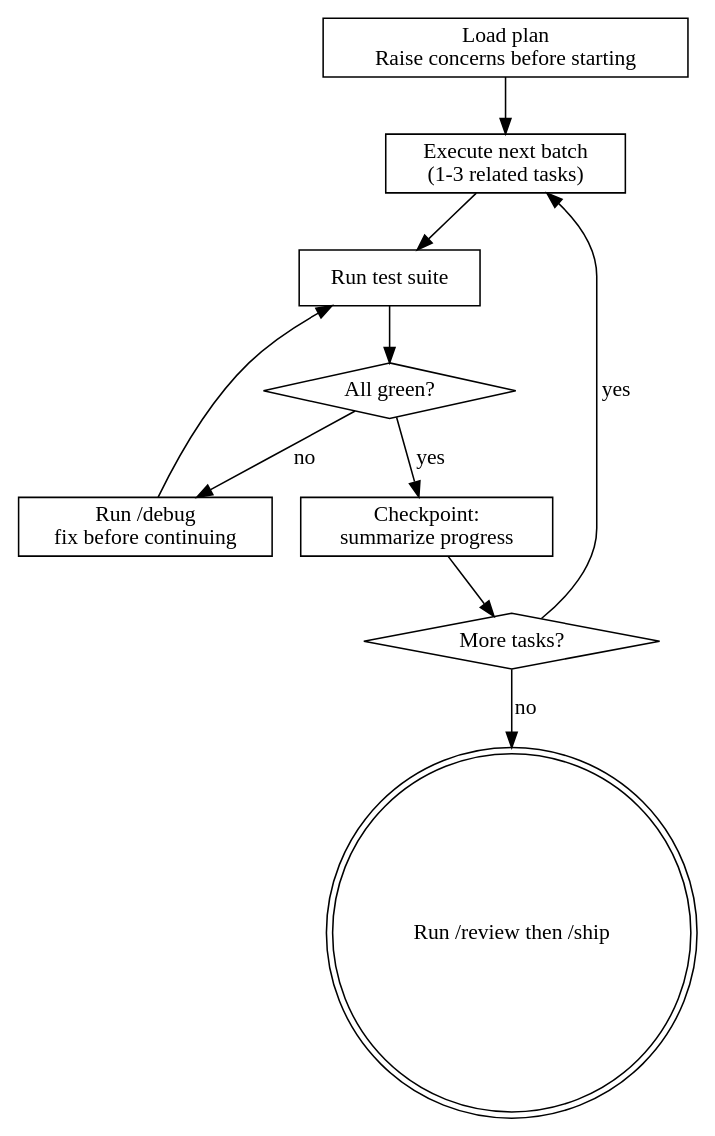
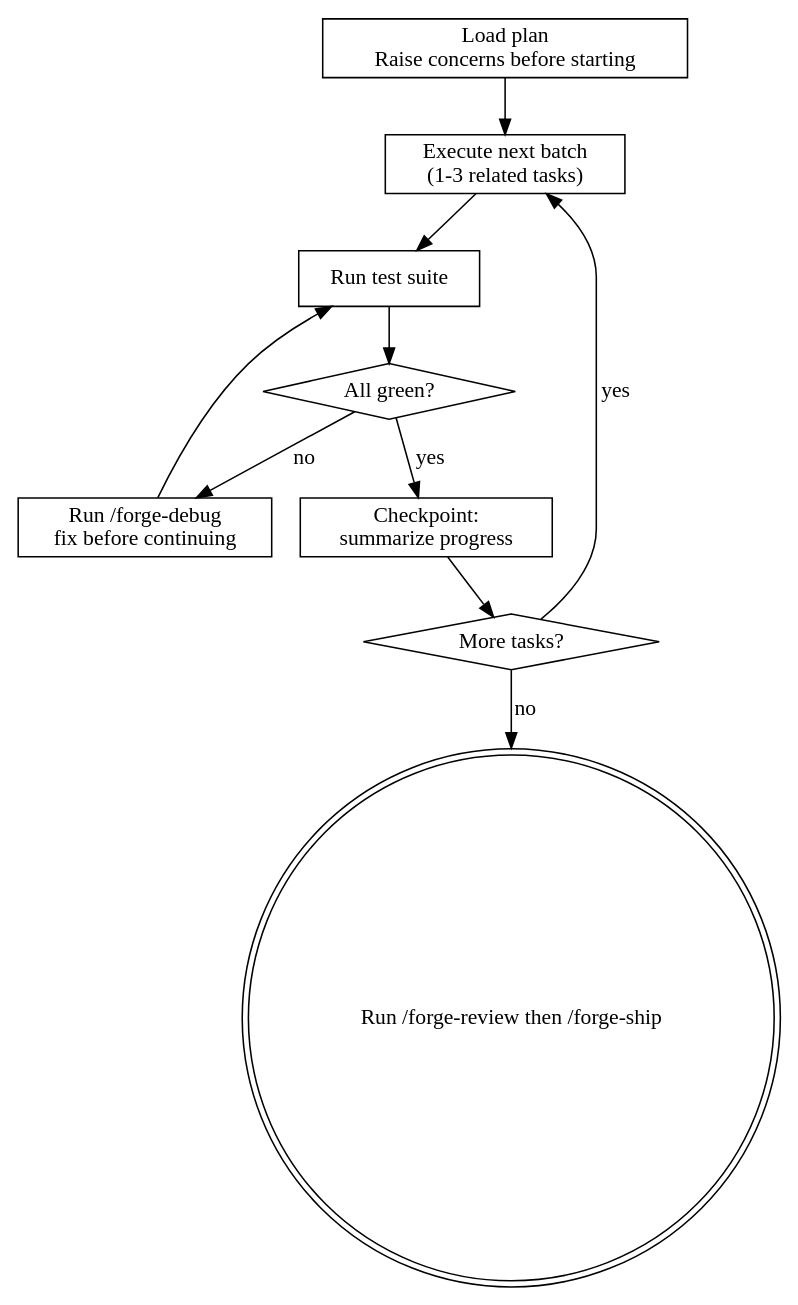
One commit to zmzhace/fullstack-skills changed the third of 4 diagrams in skills/delegate/SKILL.md. Above: the diagram before and after it, drawn with Graphviz. The commit also changed other lines of this file and 28 other files, not shown here.

````diff
--- a/skills/delegate/SKILL.md
+++ b/skills/delegate/SKILL.md
@@ -227,23 +227,23 @@
 ```dot
 digraph inline {
     rankdir=TB;
     load    [label="Load plan\nRaise concerns before starting", shape=box];
     batch   [label="Execute next batch\n(1-3 related tasks)", shape=box];
     test    [label="Run test suite", shape=box];
     pass    [label="All green?", shape=diamond];
-    debug   [label="Run /debug\nfix before continuing", shape=box];
+    debug   [label="Run /forge-debug\nfix before continuing", shape=box];
     check   [label="Checkpoint:\nsummarize progress", shape=box];
     more    [label="More tasks?", shape=diamond];
-    done    [label="Run /review then /ship", shape=doublecircle];
+    done    [label="Run /forge-review then /forge-ship", shape=doublecircle];
 
     load -> batch;
     batch -> test;
     test -> pass;
     pass -> debug [label="no"];
     debug -> test;
     pass -> check [label="yes"];
     check -> more;
     more -> batch [label="yes"];
     more -> done [label="no"];
 }
 ```
````
